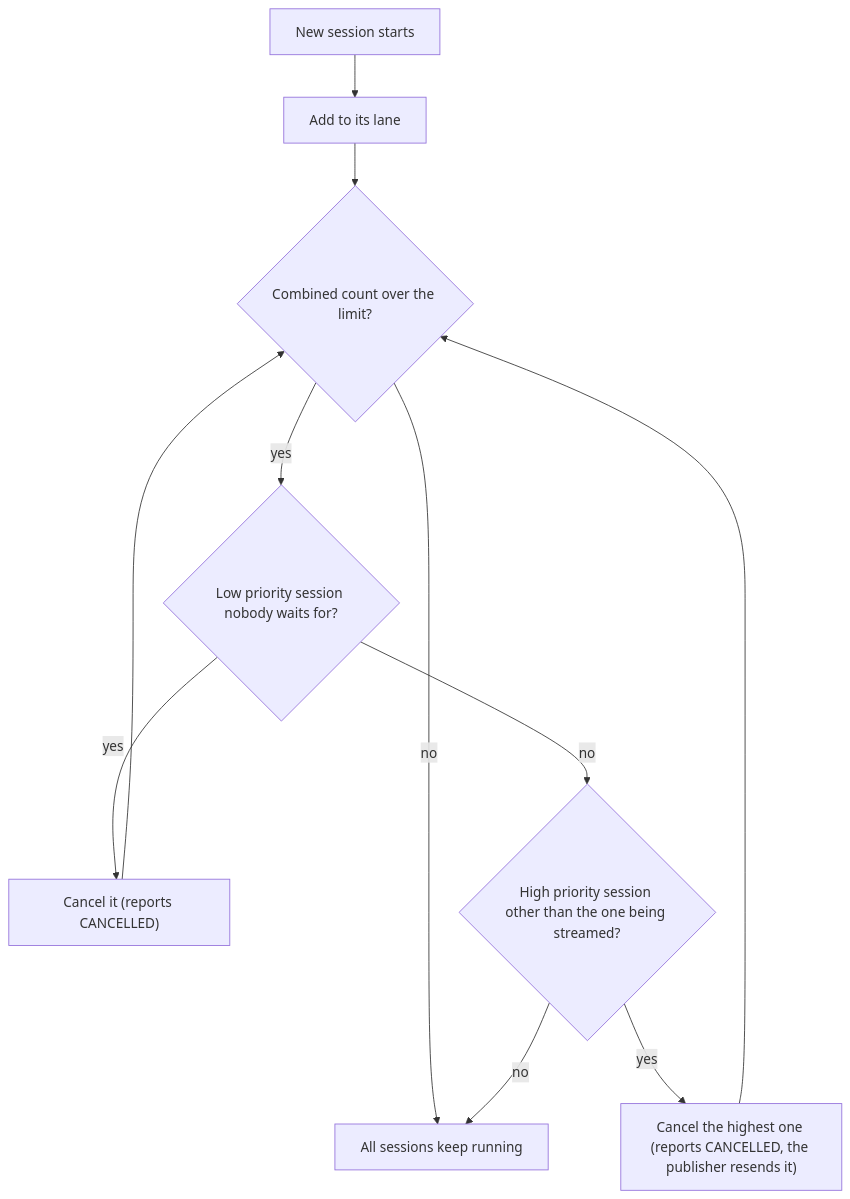
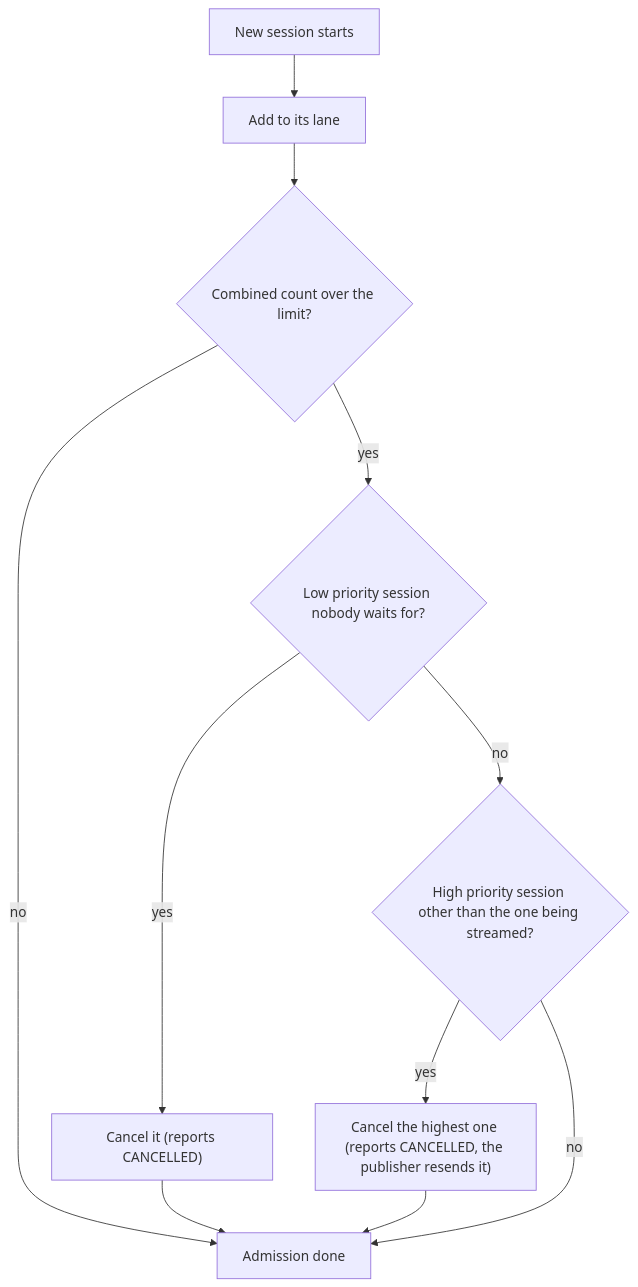
Before and after one commit to hiero-ledger/hiero-block-node: the fifth of 5 diagrams in docs/design/block-verification.md, drawn with Mermaid. The commit also changed other lines of this file and 16 other files, not shown here.

````diff
--- a/docs/design/block-verification.md
+++ b/docs/design/block-verification.md
@@ -387,13 +430,13 @@
 ```mermaid
 flowchart TD
     NS[New session starts] --> ADD[Add to its lane]
     ADD --> FULL{"Combined count over the limit?"}
-    FULL -- no --> RUN[All sessions keep running]
+    FULL -- no --> RUN[Admission done]
     FULL -- yes --> NP{"Low priority session nobody waits for?"}
     NP -- yes --> C1["Cancel it (reports CANCELLED)"]
     NP -- no --> PUB{"High priority session other than the one being streamed?"}
     PUB -- yes --> C2["Cancel the highest one (reports CANCELLED, the publisher resends it)"]
     PUB -- no --> RUN
-    C1 --> FULL
-    C2 --> FULL
+    C1 --> RUN
+    C2 --> RUN
 ```
````
